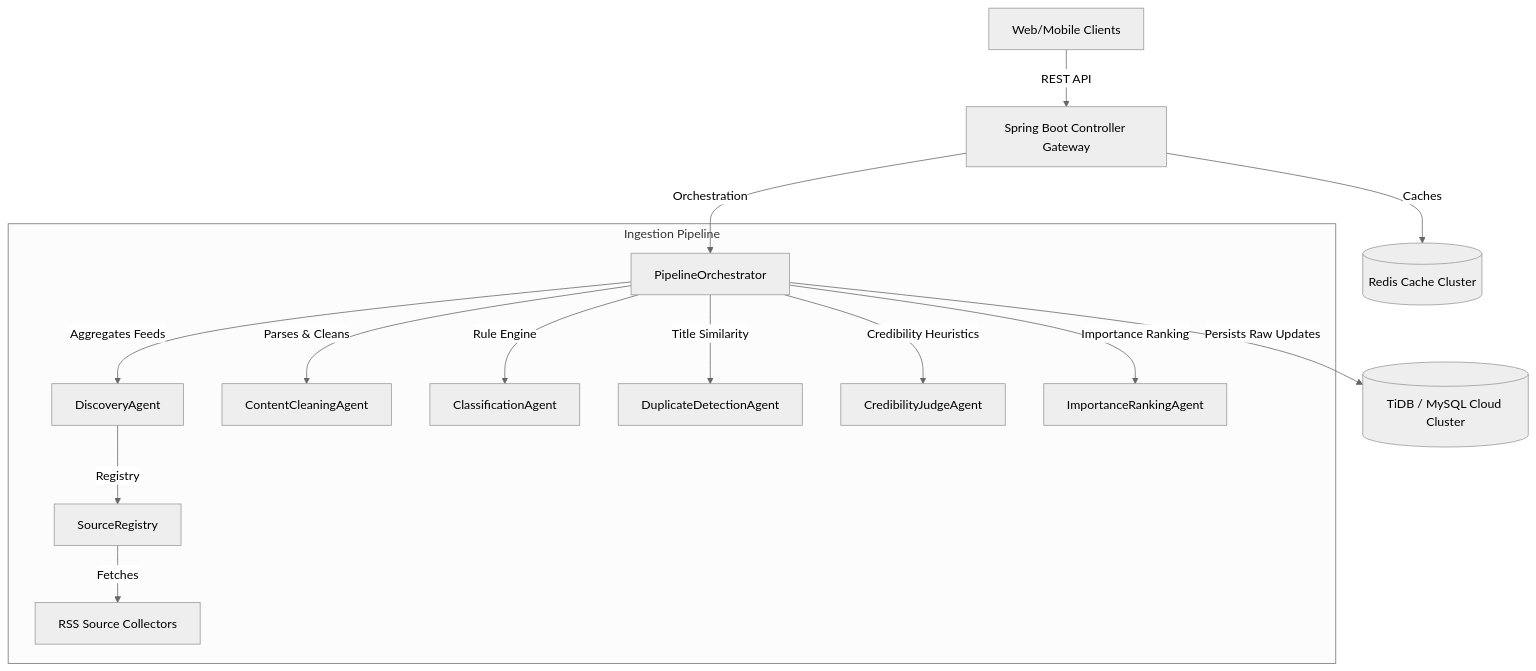
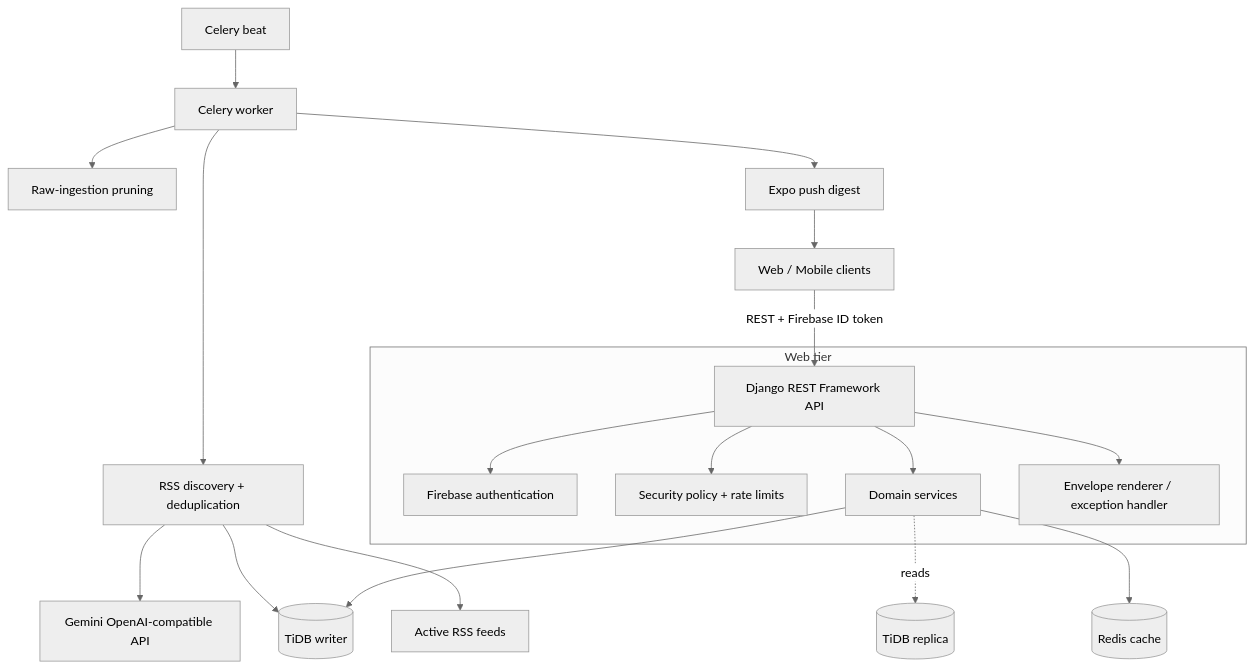
The diagram in docs/Architecture.md (karannchaudhari04/TechPulse-AI), drawn with Mermaid (neutral theme) before and after one commit. The commit also changed other lines of this file and 255 other files, not shown here.

````diff
--- a/docs/Architecture.md
+++ b/docs/Architecture.md
@@ -11,20 +9,25 @@
 ```mermaid
 graph TB
-    Client[Web/Mobile Clients] -->|REST API| Gateway[Spring Boot Controller Gateway]
-    Gateway -->|Orchestration| Orchestrator[PipelineOrchestrator]
-    
-    subgraph Ingestion Pipeline
-        Orchestrator -->|Aggregates Feeds| Discovery[DiscoveryAgent]
-        Discovery -->|Registry| Registry[SourceRegistry]
-        Registry -->|Fetches| Collectors[RSS Source Collectors]
-        
-        Orchestrator -->|Parses & Cleans| Cleaner[ContentCleaningAgent]
-        Orchestrator -->|Rule Engine| Classifier[ClassificationAgent]
-        Orchestrator -->|Title Similarity| Deduplicator[DuplicateDetectionAgent]
-        Orchestrator -->|Credibility Heuristics| Credibility[CredibilityJudgeAgent]
-        Orchestrator -->|Importance Ranking| Importance[ImportanceRankingAgent]
+    Client[Web / Mobile clients] -->|REST + Firebase ID token| API[Django REST Framework API]
+
+    subgraph Web tier
+        API --> Auth[Firebase authentication]
+        API --> Policy[Security policy + rate limits]
+        API --> Services[Domain services]
+        API --> Renderer[Envelope renderer / exception handler]
     end
-    
-    Orchestrator -->|Persists Raw Updates| DB[(TiDB / MySQL Cloud Cluster)]
-    Gateway -->|Caches| Cache[(Redis Cache Cluster)]
+
+    Services --> DBW[(TiDB writer)]
+    Services -. reads .-> DBR[(TiDB replica)]
+    Services --> Cache[(Redis cache)]
+
+    Beat[Celery beat] --> Worker[Celery worker]
+    Worker --> Discovery[RSS discovery + deduplication]
+    Discovery --> DBW
+    Discovery --> Gemini[Gemini OpenAI-compatible API]
+    Worker --> Prune[Raw-ingestion pruning]
+    Worker --> Push[Expo push digest]
+    Push --> Client
+
+    Discovery --> Feeds[Active RSS feeds]
 ```
````
